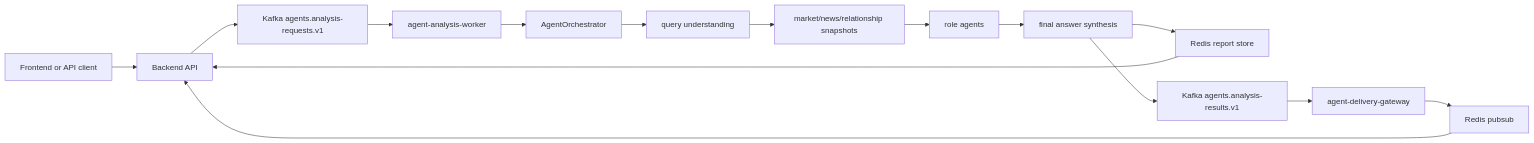
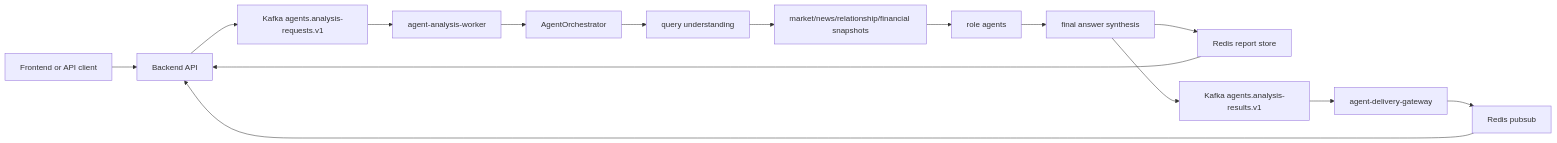
Before and after one commit to seunglee10/GOPS-BE: the diagram in docs/AGENT_ARCHITECTURE.md, drawn with Mermaid. The commit also changed other lines of this file and 39 other files, not shown here.

Commit message:
feat: SEC financial agent and fundamentals snapshots

````diff
--- a/docs/AGENT_ARCHITECTURE.md
+++ b/docs/AGENT_ARCHITECTURE.md
@@ -47,17 +47,17 @@
 ```mermaid
 flowchart LR
   Client["Frontend or API client"] --> Backend["Backend API"]
   Backend --> Queue["Kafka agents.analysis-requests.v1"]
   Queue --> Worker["agent-analysis-worker"]
   Worker --> Orchestrator["AgentOrchestrator"]
   Orchestrator --> Understanding["query understanding"]
-  Understanding --> Snapshots["market/news/relationship snapshots"]
+  Understanding --> Snapshots["market/news/relationship/financial snapshots"]
   Snapshots --> Roles["role agents"]
   Roles --> Synthesis["final answer synthesis"]
   Synthesis --> Store["Redis report store"]
   Synthesis --> Results["Kafka agents.analysis-results.v1"]
   Results --> Delivery["agent-delivery-gateway"]
   Delivery --> Updates["Redis pubsub"]
   Store --> Backend
   Updates --> Backend
 ```
````
